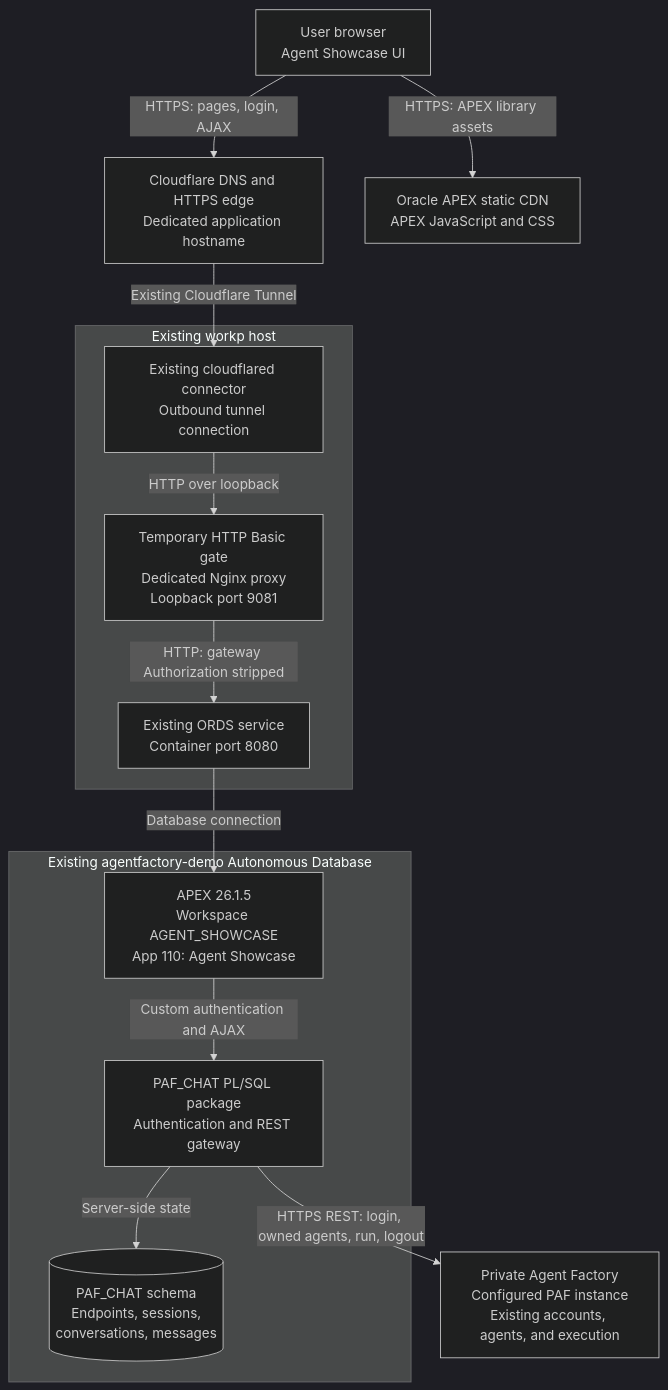
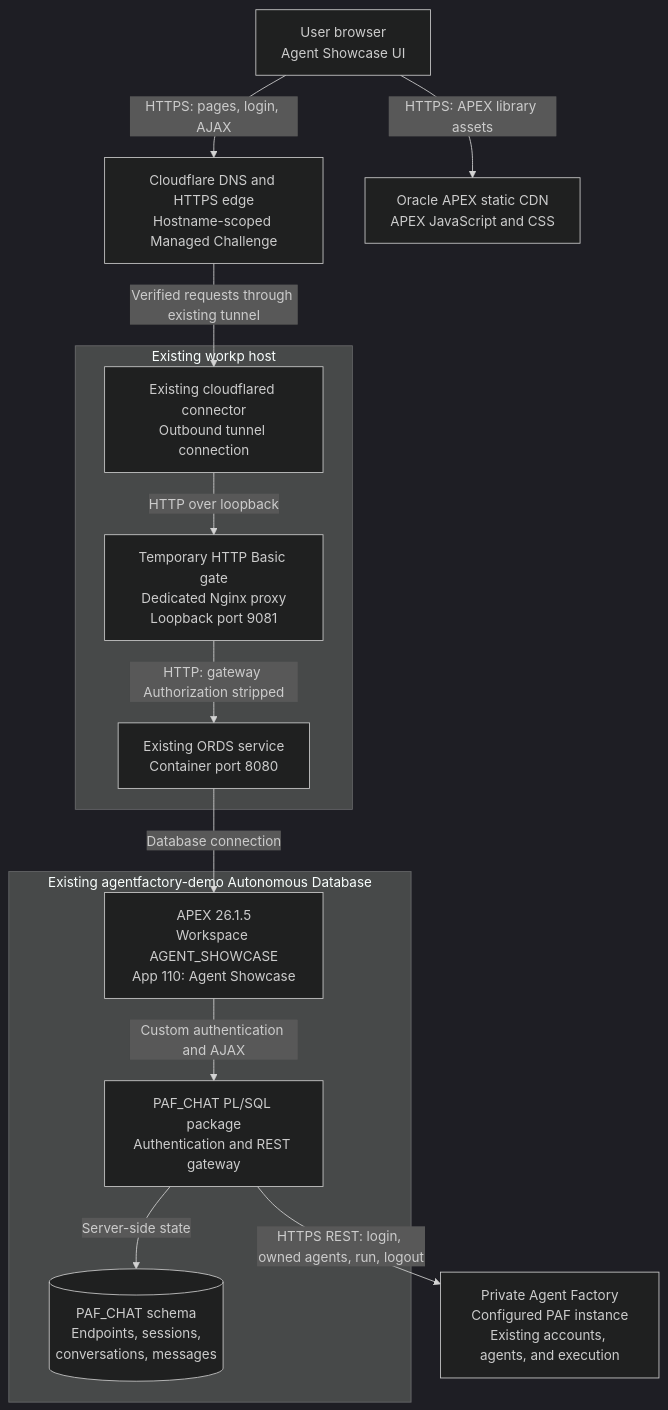
One commit to abyjoy12/agent-factory-samples changed the first of 2 diagrams in integrations/apex-agent-showcase/README.md. Above: the diagram before and after it, drawn with Mermaid (dark theme). The commit also changed other lines of this file, not shown here.

````diff
--- a/integrations/apex-agent-showcase/README.md
+++ b/integrations/apex-agent-showcase/README.md
@@ -20,30 +21,30 @@
 ```mermaid
 flowchart TB
     browser["User browser<br/>Agent Showcase UI"]
-    edge["Cloudflare DNS and HTTPS edge<br/>Dedicated application hostname"]
+    edge["Cloudflare DNS and HTTPS edge<br/>Hostname-scoped Managed Challenge"]
     cdn["Oracle APEX static CDN<br/>APEX JavaScript and CSS"]
 
     subgraph host["Existing workp host"]
         connector["Existing cloudflared connector<br/>Outbound tunnel connection"]
         proxy["Temporary HTTP Basic gate<br/>Dedicated Nginx proxy<br/>Loopback port 9081"]
         ords["Existing ORDS service<br/>Container port 8080"]
         connector -->|HTTP over loopback| proxy
         proxy -->|"HTTP: gateway Authorization stripped"| ords
     end
 
     subgraph database["Existing agentfactory-demo Autonomous Database"]
         apex["APEX 26.1.5<br/>Workspace AGENT_SHOWCASE<br/>App 110: Agent Showcase"]
         gateway["PAF_CHAT PL/SQL package<br/>Authentication and REST gateway"]
         tables[("PAF_CHAT schema<br/>Endpoints, sessions,<br/>conversations, messages")]
         apex -->|Custom authentication and AJAX| gateway
         gateway -->|Server-side state| tables
     end
 
     paf["Private Agent Factory<br/>Configured PAF instance<br/>Existing accounts, agents, and execution"]
 
     browser -->|HTTPS: pages, login, AJAX| edge
-    edge -->|Existing Cloudflare Tunnel| connector
+    edge -->|Verified requests through existing tunnel| connector
     ords -->|Database connection| apex
     browser -->|HTTPS: APEX library assets| cdn
     gateway -->|"HTTPS REST: login, owned agents, run, logout"| paf
 ```
````
